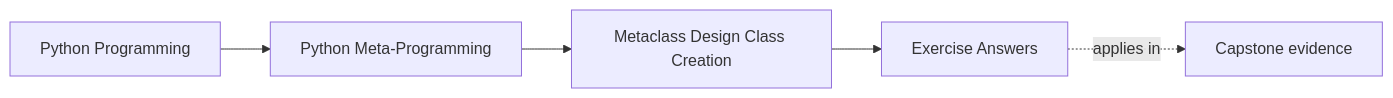
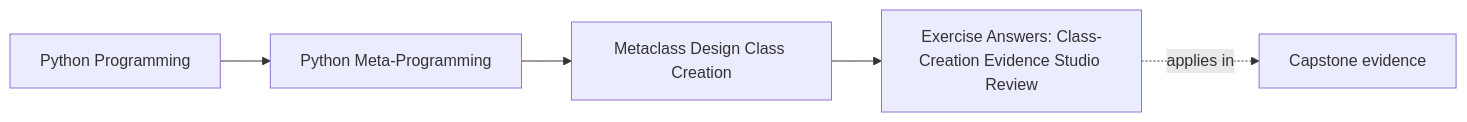
The first of 2 diagrams in programs/python-programming/python-meta-programming/course-book/module-09-metaclass-design-class-creation/exercise-answers.md (bijux/bijux-masterclass), drawn with Mermaid before and after one commit. The commit also changed other lines of this file, not shown here.

Commit message:
docs(module-09): align answers with creation evidence

````diff
--- a/programs/python-programming/python-meta-programming/course-book/module-09-metaclass-design-class-creation/exercise-answers.md
+++ b/programs/python-programming/python-meta-programming/course-book/module-09-metaclass-design-class-creation/exercise-answers.md
@@ -7,11 +6,11 @@
 ```mermaid
 graph LR
   family["Python Programming"]
   program["Python Meta-Programming"]
   section["Metaclass Design Class Creation"]
-  page["Exercise Answers"]
+  page["Exercise Answers: Class-Creation Evidence Studio Review"]
   capstone["Capstone evidence"]
 
   family --> program --> section --> page
   page -.applies in.-> capstone
 ```
````
